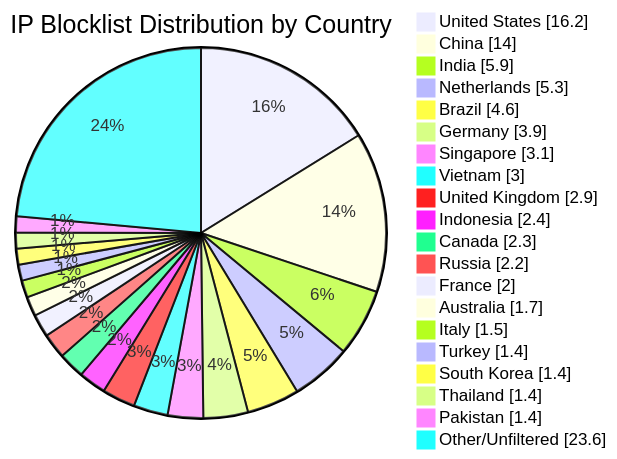
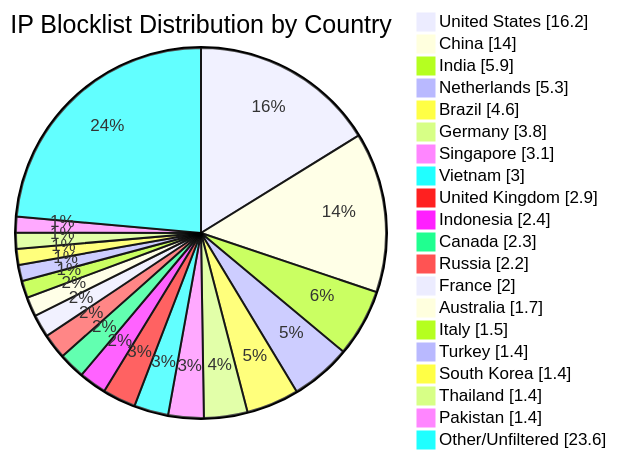
The diagram in README.md (dewdmadbro/ip-blocklist-dewd), drawn with Mermaid before and after one commit. The commit also changed other lines of this file and 51 other files, not shown here.

````diff
--- a/README.md
+++ b/README.md
@@ -34,23 +34,23 @@
 ```mermaid
 pie showData title IP Blocklist Distribution by Country
 "United States" : 16.2
 "China" : 14.0
 "India" : 5.9
 "Netherlands" : 5.3
 "Brazil" : 4.6
-"Germany" : 3.9
+"Germany" : 3.8
 "Singapore" : 3.1
 "Vietnam" : 3.0
 "United Kingdom" : 2.9
 "Indonesia" : 2.4
 "Canada" : 2.3
 "Russia" : 2.2
 "France" : 2.0
 "Australia" : 1.7
 "Italy" : 1.5
 "Turkey" : 1.4
 "South Korea" : 1.4
 "Thailand" : 1.4
 "Pakistan" : 1.4
 "Other/Unfiltered" : 23.6
 ```
````
